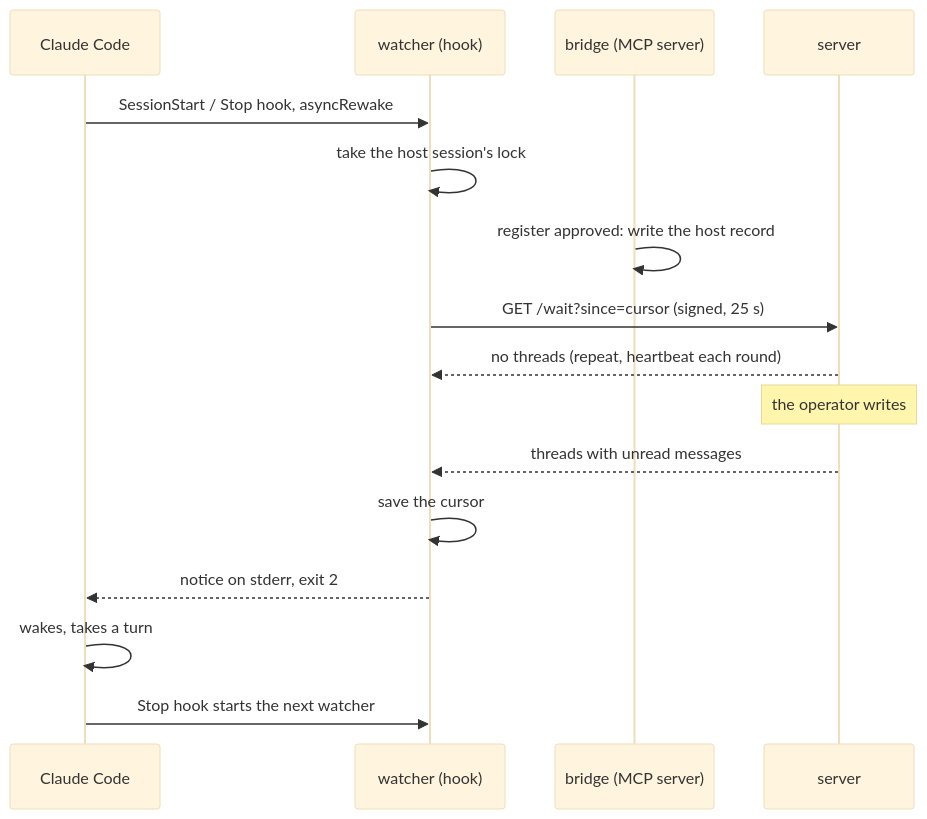
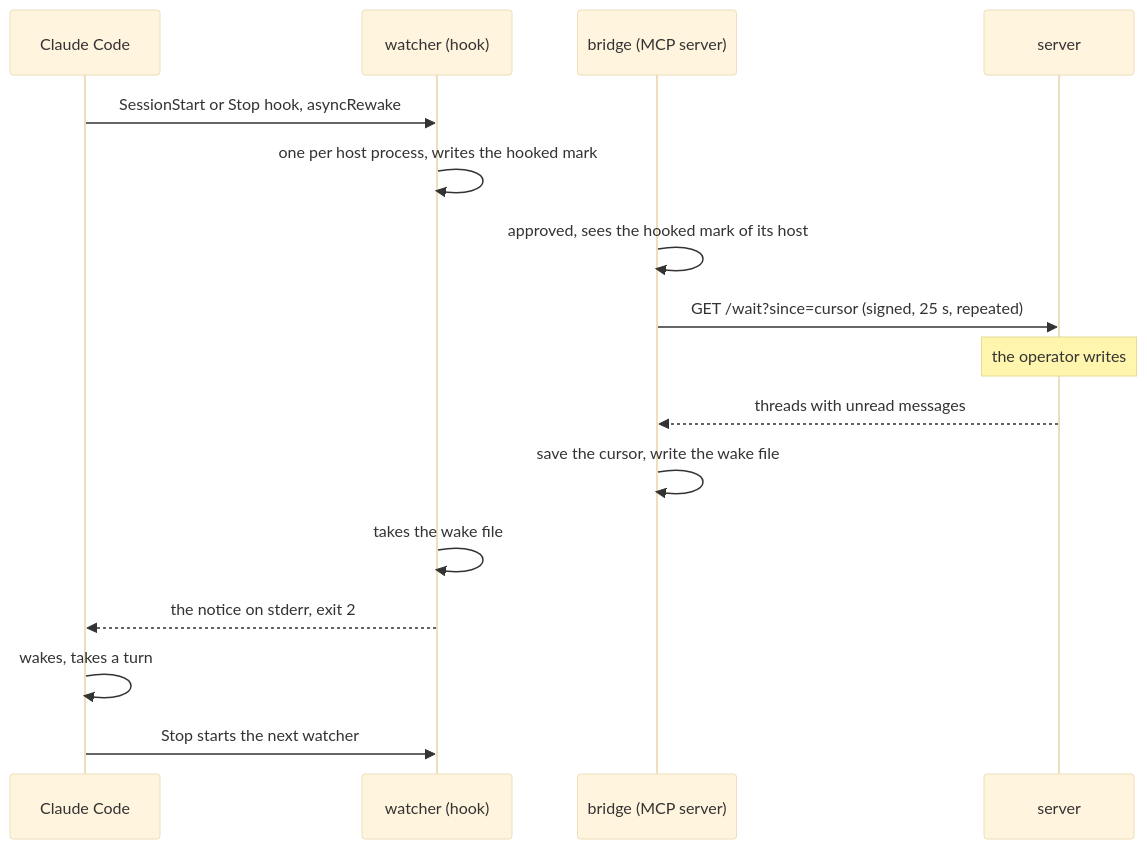
Before and after one commit to WayfarerLabs/agention: the diagram in docs/sdd/2026-11-22-agent-push/hla.md, drawn with Mermaid (base theme). The commit also changed other lines of this file and 2 other files, not shown here.

Commit message:
docs(sdd): let the bridge hold push's wait, after review and a second spike

````diff
--- a/docs/sdd/2026-11-22-agent-push/hla.md
+++ b/docs/sdd/2026-11-22-agent-push/hla.md
@@ -23,18 +25,18 @@
 ```mermaid
 sequenceDiagram
     participant H as Claude Code
     participant W as watcher (hook)
     participant B as bridge (MCP server)
     participant S as server
-    H->>W: SessionStart / Stop hook, asyncRewake
-    W->>W: take the host session's lock
-    B->>B: register approved: write the host record
-    W->>S: GET /wait?since=cursor (signed, 25 s)
-    S-->>W: no threads (repeat, heartbeat each round)
+    H->>W: SessionStart or Stop hook, asyncRewake
+    W->>W: one per host process, writes the hooked mark
+    B->>B: approved, sees the hooked mark of its host
+    B->>S: GET /wait?since=cursor (signed, 25 s, repeated)
     Note over S: the operator writes
-    S-->>W: threads with unread messages
-    W->>W: save the cursor
-    W-->>H: notice on stderr, exit 2
+    S-->>B: threads with unread messages
+    B->>B: save the cursor, write the wake file
+    W->>W: takes the wake file
+    W-->>H: the notice on stderr, exit 2
     H->>H: wakes, takes a turn
-    H->>W: Stop hook starts the next watcher
+    H->>W: Stop starts the next watcher
 ```
````
